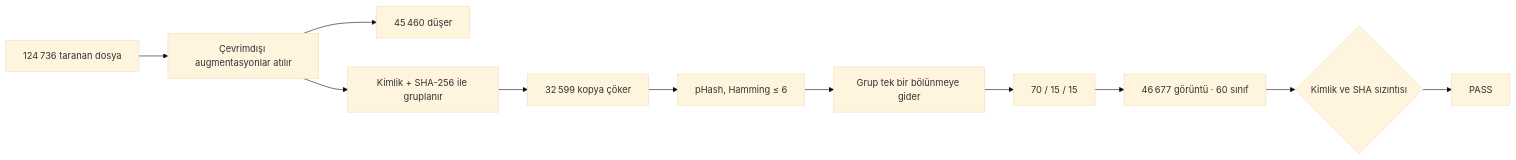
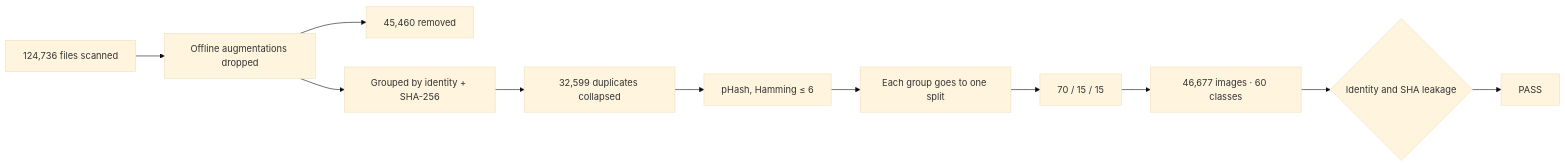
One commit to GHThecoder/Plant_disease_CV_60 changed the diagram in README.md. Above: the diagram before and after it, drawn with Mermaid (base theme). The commit also changed other lines of this file, not shown here.

````diff
--- a/README.md
+++ b/README.md
@@ -55,13 +55,13 @@
 ```mermaid
 flowchart LR
-  A["124 736 taranan dosya"] --> B["Çevrimdışı augmentasyonlar atılır"]
-  B --> C["45 460 düşer"]
-  B --> D["Kimlik + SHA-256 ile gruplanır"]
-  D --> E["32 599 kopya çöker"]
+  A["124,736 files scanned"] --> B["Offline augmentations dropped"]
+  B --> C["45,460 removed"]
+  B --> D["Grouped by identity + SHA-256"]
+  D --> E["32,599 duplicates collapsed"]
   E --> F["pHash, Hamming ≤ 6"]
-  F --> G["Grup tek bir bölünmeye gider"]
+  F --> G["Each group goes to one split"]
   G --> H["70 / 15 / 15"]
-  H --> I["46 677 görüntü · 60 sınıf"]
-  I --> J{"Kimlik ve SHA sızıntısı"}
+  H --> I["46,677 images · 60 classes"]
+  I --> J{"Identity and SHA leakage"}
   J --> K["PASS"]
 ```
````
